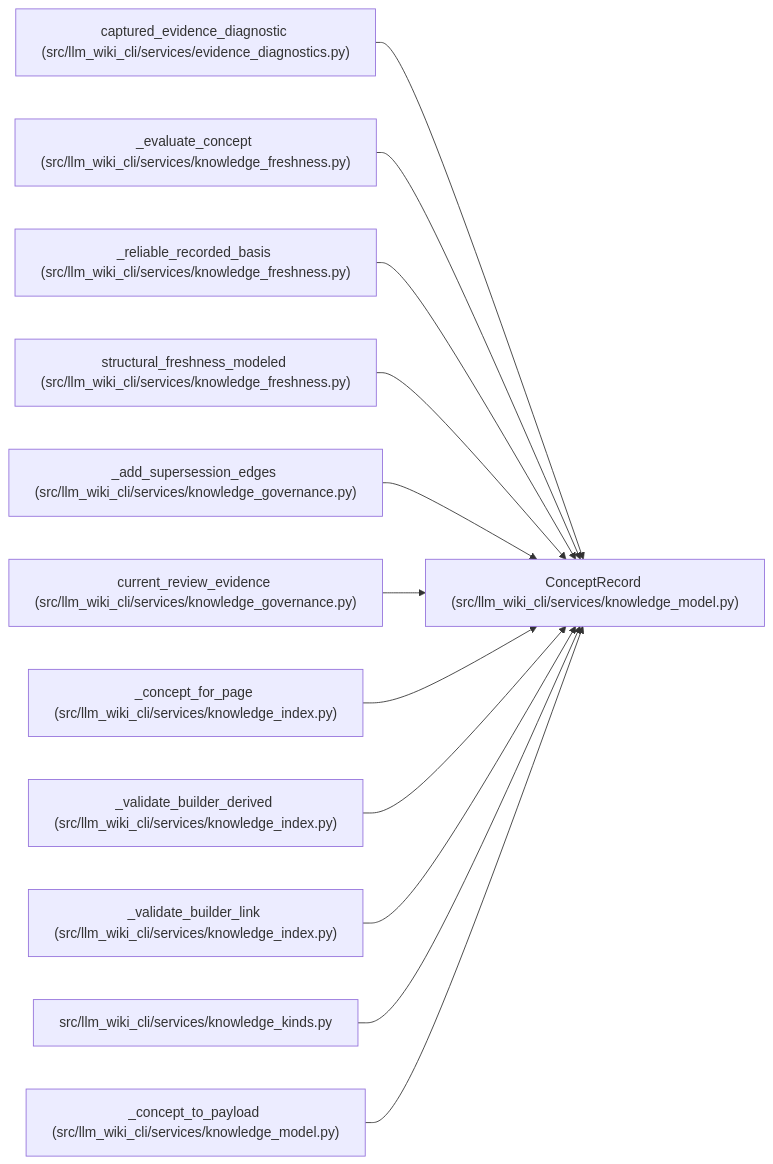
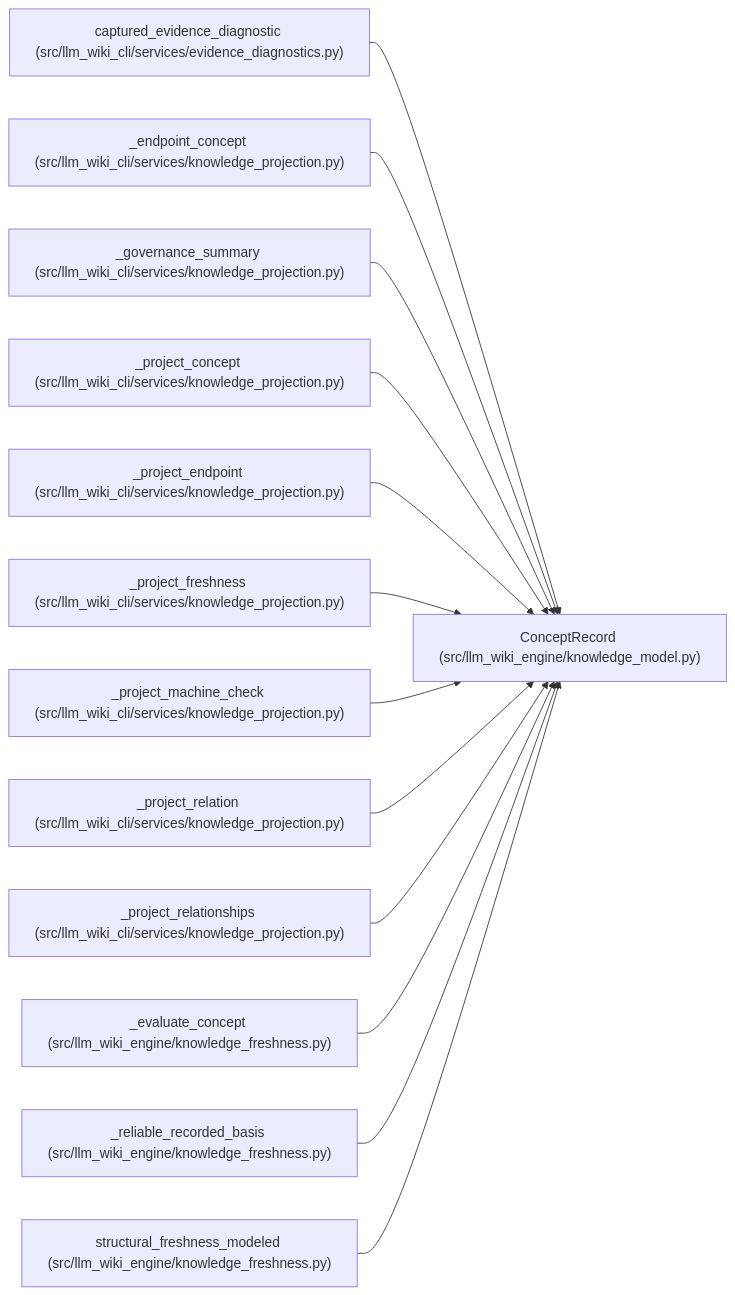
The diagram in docs/llm_wiki/entities/ConceptRecord.md (Denissvgn/python-wiki-llm), drawn with Mermaid before and after one commit. The commit also changed other lines of this file and 1058 other files, not shown here.

First line of the commit message:
docs: refresh the wiki for the knowledge store move

````diff
--- a/docs/llm_wiki/entities/ConceptRecord.md
+++ b/docs/llm_wiki/entities/ConceptRecord.md
@@ -33,38 +33,41 @@
 ```mermaid
 flowchart LR
-    n0["ConceptRecord (src/llm_wiki_cli/services/knowledge_model.py)"]
+    n0["ConceptRecord (src/llm_wiki_engine/knowledge_model.py)"]
     n1["captured_evidence_diagnostic (src/llm_wiki_cli/services/evidence_diagnostics.py)"]
-    n2["_evaluate_concept (src/llm_wiki_cli/services/knowledge_freshness.py)"]
-    n3["_reliable_recorded_basis (src/llm_wiki_cli/services/knowledge_freshness.py)"]
-    n4["structural_freshness_modeled (src/llm_wiki_cli/services/knowledge_freshness.py)"]
-    n5["_add_supersession_edges (src/llm_wiki_cli/services/knowledge_governance.py)"]
-    n6["current_review_evidence (src/llm_wiki_cli/services/knowledge_governance.py)"]
-    n7["_concept_for_page (src/llm_wiki_cli/services/knowledge_index.py)"]
-    n8["_validate_builder_derived (src/llm_wiki_cli/services/knowledge_index.py)"]
-    n9["_validate_builder_link (src/llm_wiki_cli/services/knowledge_index.py)"]
-    n10["src/llm_wiki_cli/services/knowledge_kinds.py"]
-    n11["_concept_to_payload (src/llm_wiki_cli/services/knowledge_model.py)"]
+    n2["_endpoint_concept (src/llm_wiki_cli/services/knowledge_projection.py)"]
+    n3["_governance_summary (src/llm_wiki_cli/services/knowledge_projection.py)"]
+    n4["_project_concept (src/llm_wiki_cli/services/knowledge_projection.py)"]
+    n5["_project_endpoint (src/llm_wiki_cli/services/knowledge_projection.py)"]
+    n6["_project_freshness (src/llm_wiki_cli/services/knowledge_projection.py)"]
+    n7["_project_machine_check (src/llm_wiki_cli/services/knowledge_projection.py)"]
+    n8["_project_relation (src/llm_wiki_cli/services/knowledge_projection.py)"]
+    n9["_project_relationships (src/llm_wiki_cli/services/knowledge_projection.py)"]
+    n10["_evaluate_concept (src/llm_wiki_engine/knowledge_freshness.py)"]
+    n11["_reliable_recorded_basis (src/llm_wiki_engine/knowledge_freshness.py)"]
+    n12["structural_freshness_modeled (src/llm_wiki_engine/knowledge_freshness.py)"]
     n1 --> n0
     n2 --> n0
     n3 --> n0
     n4 --> n0
     n5 --> n0
     n6 --> n0
     n7 --> n0
     n8 --> n0
     n9 --> n0
     n10 --> n0
     n11 --> n0
+    n12 --> n0
     click n0 "../modules/knowledge_model.md"
     click n1 "../modules/evidence_diagnostics.md"
-    click n2 "../modules/knowledge_freshness.md"
-    click n3 "../modules/knowledge_freshness.md"
-    click n4 "../modules/knowledge_freshness.md"
-    click n5 "../modules/knowledge_governance.md"
-    click n6 "../modules/knowledge_governance.md"
-    click n7 "../modules/knowledge_index.md"
-    click n8 "../modules/knowledge_index.md"
-    click n9 "../modules/knowledge_index.md"
-    click n10 "../modules/knowledge_kinds.md"
-    click n11 "../modules/knowledge_model.md"
+    click n2 "../modules/knowledge_projection.md"
+    click n3 "../modules/knowledge_projection.md"
+    click n4 "../modules/knowledge_projection.md"
+    click n5 "../modules/knowledge_projection.md"
+    click n6 "../modules/knowledge_projection.md"
+    click n7 "../modules/knowledge_projection.md"
+    click n8 "../modules/knowledge_projection.md"
+    click n9 "../modules/knowledge_projection.md"
+    click n10 "../modules/knowledge_freshness.md"
+    click n11 "../modules/knowledge_freshness.md"
+    click n12 "../modules/knowledge_freshness.md"
 ```
````
